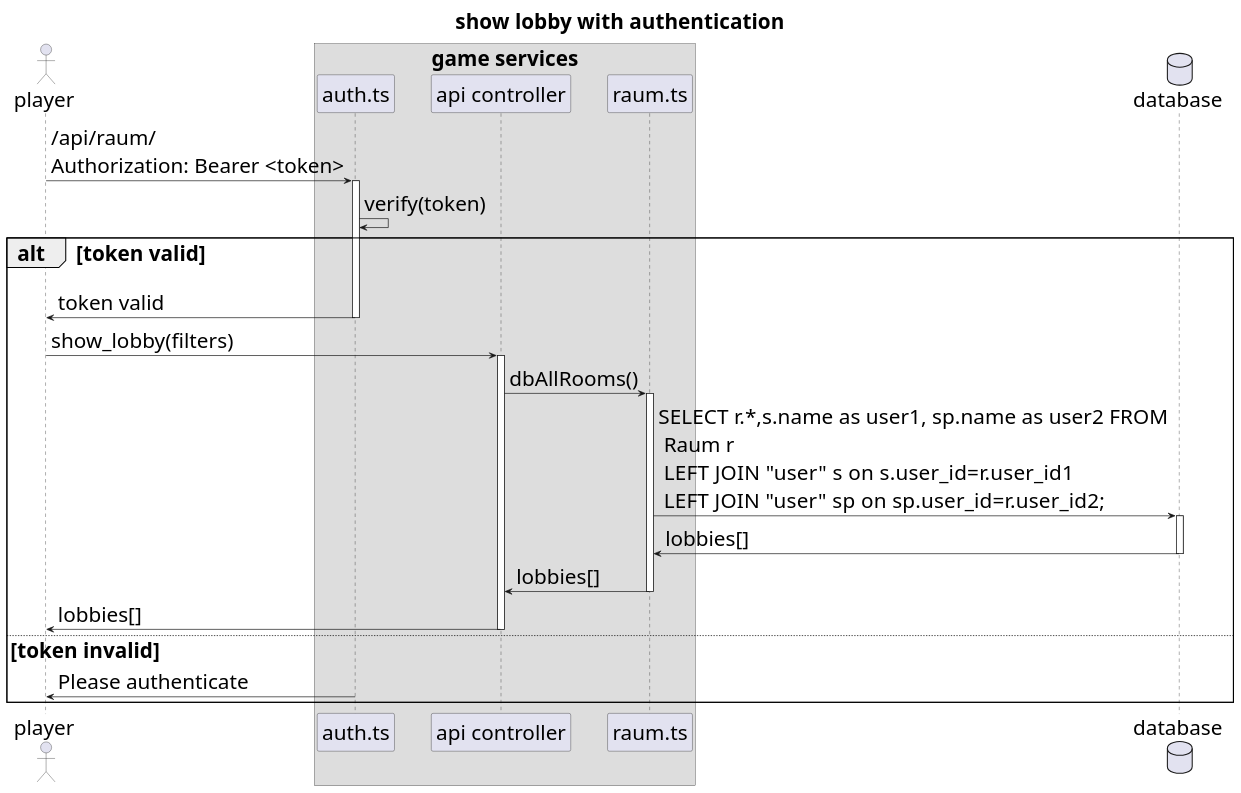
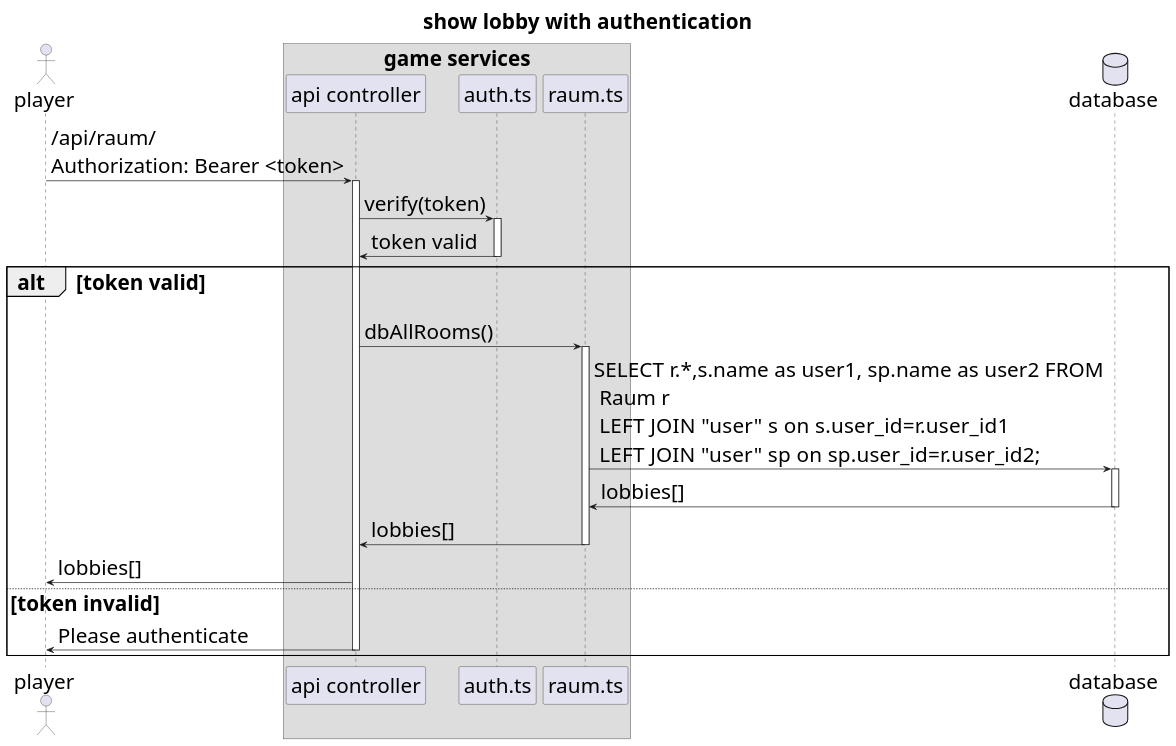
One commit to Maytastico/trash-pong changed the diagram in Doku/Abbildungen/Sequenzdiagram/show_lobby.wsd. Above: the diagram before and after it, drawn with PlantUML. The commit also changed 4 other files, not shown here.

```diff
--- a/Doku/Abbildungen/Sequenzdiagram/show_lobby.wsd
+++ b/Doku/Abbildungen/Sequenzdiagram/show_lobby.wsd
@@ -1,40 +1,38 @@
 @startuml
 title "show lobby with authentication"
 skinparam defaultFontSize 30
 skinparam componentFontSize 30
 skinparam actorFontSize 30
 skinparam noteFontSize 30
 skinparam sequenceParticipantFontSize 30
 skinparam sequenceMessageFontSize 30
 skinparam titleFontSize 30
 actor player
 box "game services"
+participant "api controller" as gs
 participant "auth.ts" as auth
-participant "api controller" as gs
 participant "raum.ts" as lo
 end box
 database database as db
 
-player -> auth: /api/raum/\nAuthorization: Bearer <token>
+player -> gs: /api/raum/\nAuthorization: Bearer <token>
+activate gs
+gs -> auth: verify(token)
 activate auth
-auth -> auth: verify(token)
+auth -> gs: token valid
 alt token valid
-    auth -> player: token valid
     deactivate auth
-    player -> gs: show_lobby(filters)
-    activate gs
     gs -> lo: dbAllRooms()
     activate lo
     lo -> db: SELECT r.*,s.name as user1, sp.name as user2 FROM\n Raum r \n LEFT JOIN "user" s  on s.user_id=r.user_id1 \n LEFT  JOIN "user" sp on sp.user_id=r.user_id2;
     activate db
     db -> lo: lobbies[]
     deactivate db
     lo -> gs: lobbies[]
     deactivate lo
     gs -> player: lobbies[]
+else token invalid
+    gs -> player: Please authenticate
     deactivate gs
-else token invalid
-    auth -> player: Please authenticate
-    deactivate auth
 end
 @enduml
```
